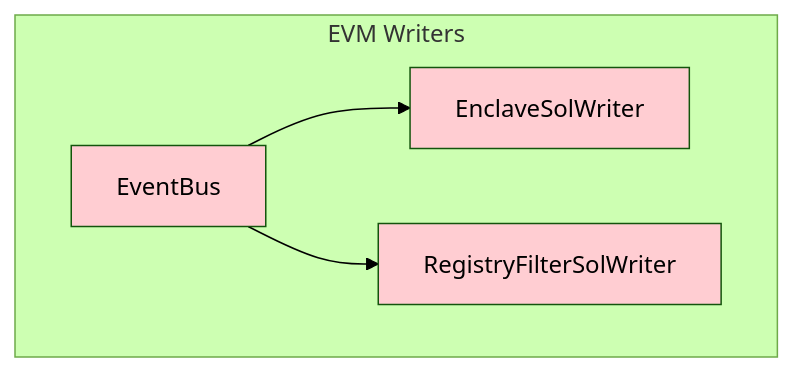
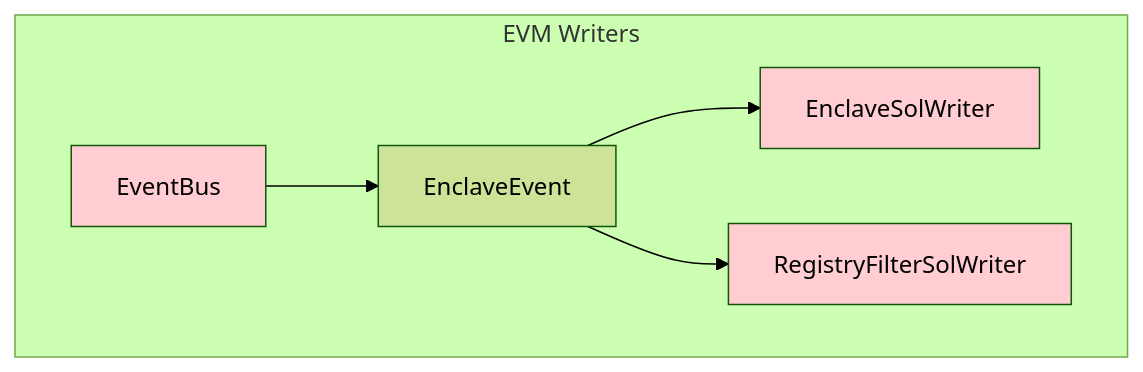
Before and after one commit to gnosisguild/enclave: the second of 2 diagrams in crates/evm/EvmSystem.md, drawn with Mermaid (forest theme). The commit also changed other lines of this file and 16 other files, not shown here.

Commit message:
feat: ensure links are shown for each diagram in graph view

````diff
--- a/crates/evm/EvmSystem.md
+++ b/crates/evm/EvmSystem.md
@@ -37,22 +59,27 @@
 ```mermaid
 flowchart TB
     subgraph evm["EVM Writers"]
 		EB["EventBus"]
+		EE["EnclaveEvent"]
 		ESW["EnclaveSolWriter"]
         RFW["RegistryFilterSolWriter"]
     end
 
-	EB --> ESW
-	EB --> RFW
+	EB --> EE
+	EE --> ESW
+	EE --> RFW
 	
     ESW:::internal-link
     EB:::internal-link
 	RFW:::internal-link
+	EE:::internal-link
+	
 	style ESW fill:#FFCDD2
 	style EB fill:#FFCDD2
 	style RFW fill:#FFCDD2
 
     click ESW "http://github.com/gnosisguild/enclave/tree/main/crates/evm/docs/EnclaveSolWriter.md"
     click EB "http://github.com/gnosisguild/enclave/tree/main/crates/events/docs/EventBus.md"
     click RFW "http://github.com/gnosisguild/enclave/tree/main/crates/evm/docs/RegistryFilterSolWriter.md"
+    click EE "http://github.com/gnosisguild/enclave/tree/main/crates/events/docs/EnclaveEvent.md"
 ```
````
